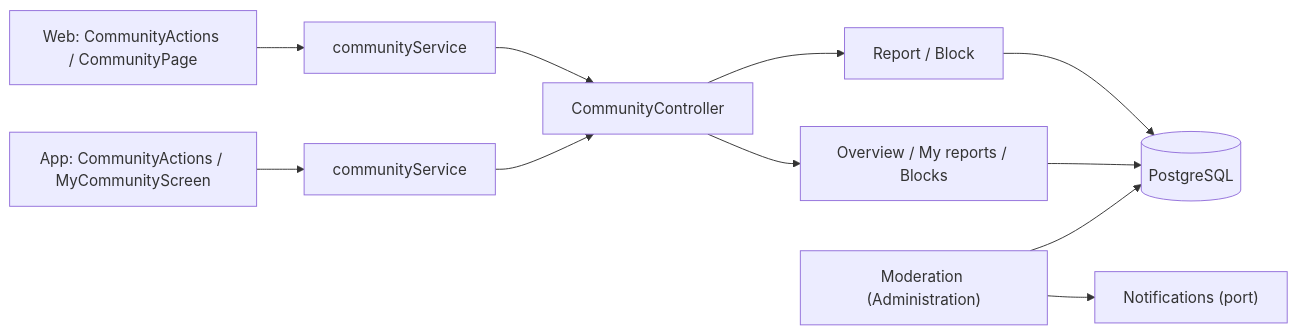
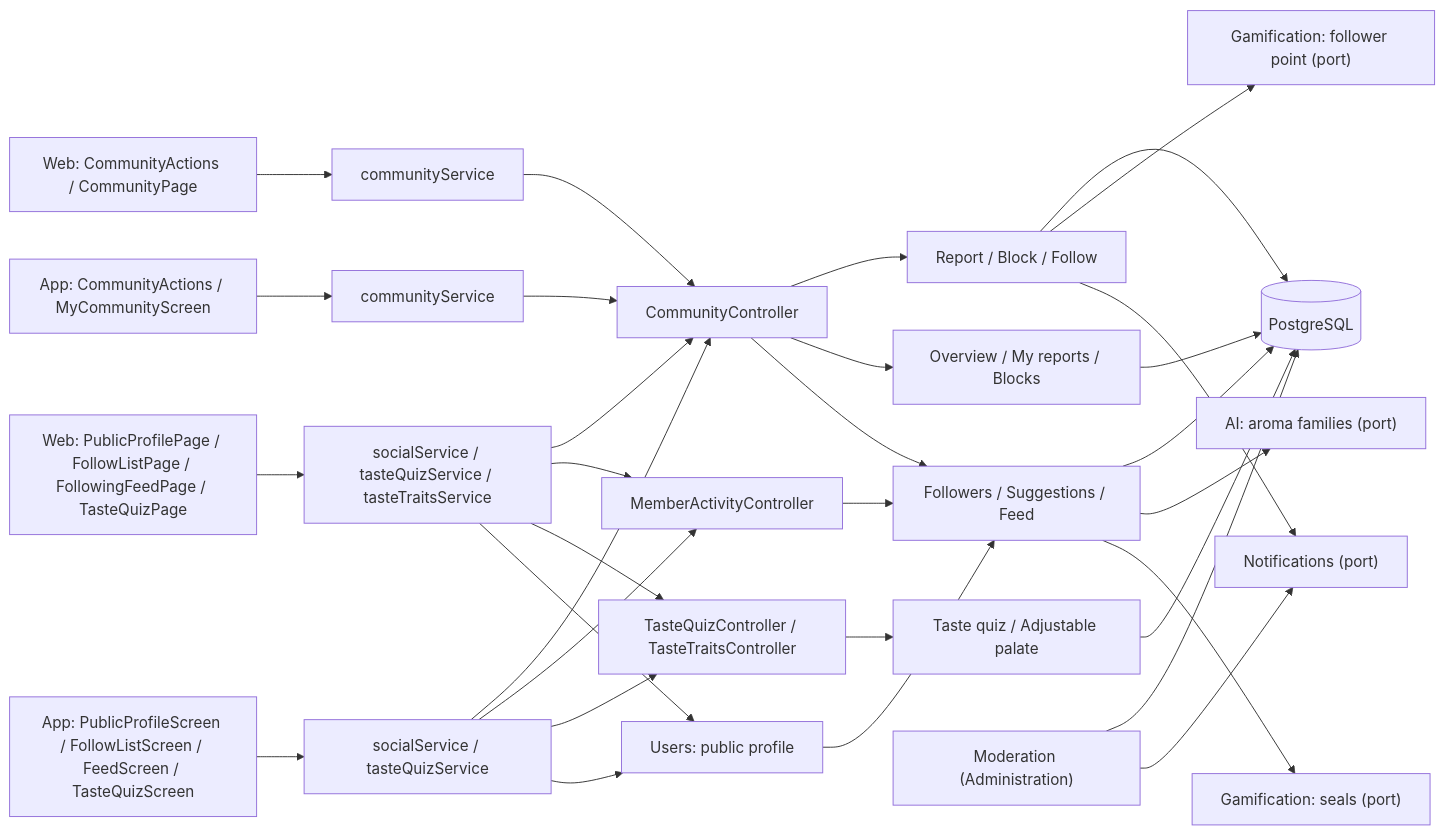
The first of 4 diagrams in docs/en/modules/community/architecture.md (Bielaszczuk/vinnot-demo), drawn with Mermaid before and after one commit. The commit also changed other lines of this file and 703 other files, not shown here.

````diff
--- a/docs/en/modules/community/architecture.md
+++ b/docs/en/modules/community/architecture.md
@@ -9,13 +9,33 @@
 ```mermaid
 flowchart LR
     WEB["Web: CommunityActions / CommunityPage"] --> WS["communityService"]
     APP["App: CommunityActions / MyCommunityScreen"] --> MS["communityService"]
+    WEBS["Web: PublicProfilePage / FollowListPage / FollowingFeedPage / TasteQuizPage"] --> WSS["socialService / tasteQuizService / tasteTraitsService"]
+    APPS["App: PublicProfileScreen / FollowListScreen / FeedScreen / TasteQuizScreen"] --> MSS["socialService / tasteQuizService"]
     WS --> CC["CommunityController"]
     MS --> CC
-    CC --> CH["Report / Block"]
+    WSS --> CC
+    MSS --> CC
+    WSS --> MAC["MemberActivityController"]
+    MSS --> MAC
+    WSS --> TQC["TasteQuizController / TasteTraitsController"]
+    MSS --> TQC
+    WSS --> UP["Users: public profile"]
+    MSS --> UP
+    CC --> CH["Report / Block / Follow"]
     CC --> QH["Overview / My reports / Blocks"]
+    CC --> SQ["Followers / Suggestions / Feed"]
+    MAC --> SQ
+    UP --> SQ
+    TQC --> TH["Taste quiz / Adjustable palate"]
     CH --> DB[(PostgreSQL)]
     QH --> DB
+    SQ --> DB
+    TH --> DB
+    SQ --> AI["AI: aroma families (port)"]
+    SQ --> BADGE["Gamification: seals (port)"]
+    CH --> PTS["Gamification: follower point (port)"]
+    CH --> NOT["Notifications (port)"]
     MOD["Moderation (Administration)"] --> DB
-    MOD --> NOT["Notifications (port)"]
+    MOD --> NOT
 ```
````
